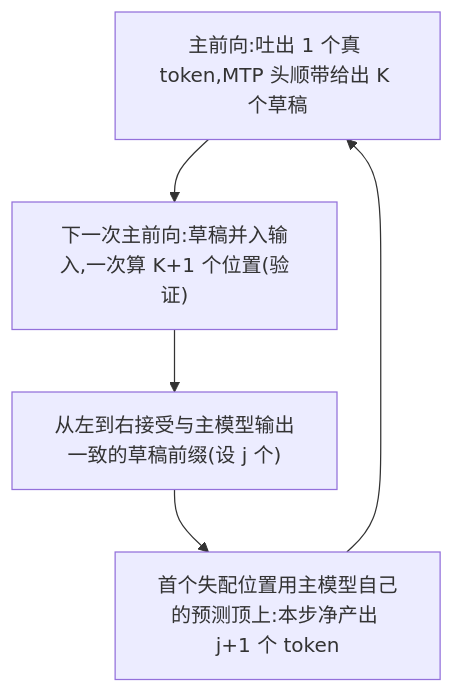
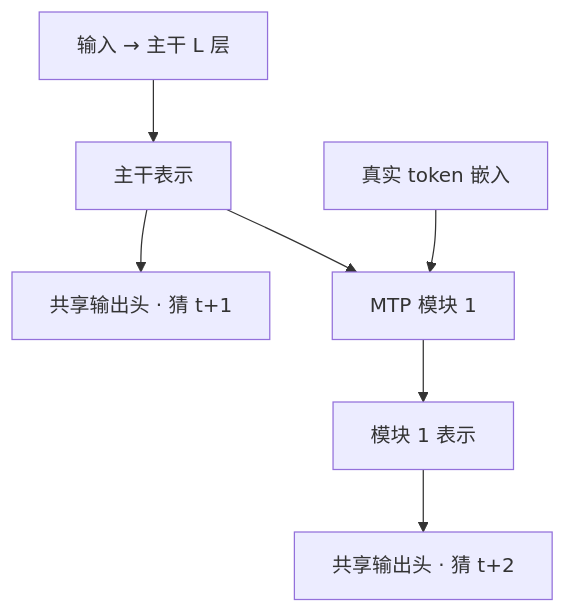
The diagram in knowledge/01-模型结构/MTP.md (ChaoyuWang04/MockInterview), drawn with Mermaid before and after one commit. The commit also changed other lines of this file and 3 other files, not shown here.

````diff
--- a/knowledge/01-模型结构/MTP.md
+++ b/knowledge/01-模型结构/MTP.md
@@ -68,7 +62,9 @@
 ```mermaid
 flowchart TD
-    A["主前向:吐出 1 个真 token,MTP 头顺带给出 K 个草稿"] --> B["下一次主前向:草稿并入输入,一次算 K+1 个位置(验证)"]
-    B --> C["从左到右接受与主模型输出一致的草稿前缀(设 j 个)"]
-    C --> D["首个失配位置用主模型自己的预测顶上:本步净产出 j+1 个 token"]
-    D --> A
+    A["输入 → 主干 L 层"] --> B["主干表示"]
+    B --> C["共享输出头 · 猜 t+1"]
+    B --> D["MTP 模块 1"]
+    E["真实 token 嵌入"] --> D
+    D --> F["模块 1 表示"]
+    F --> G["共享输出头 · 猜 t+2"]
 ```
````
